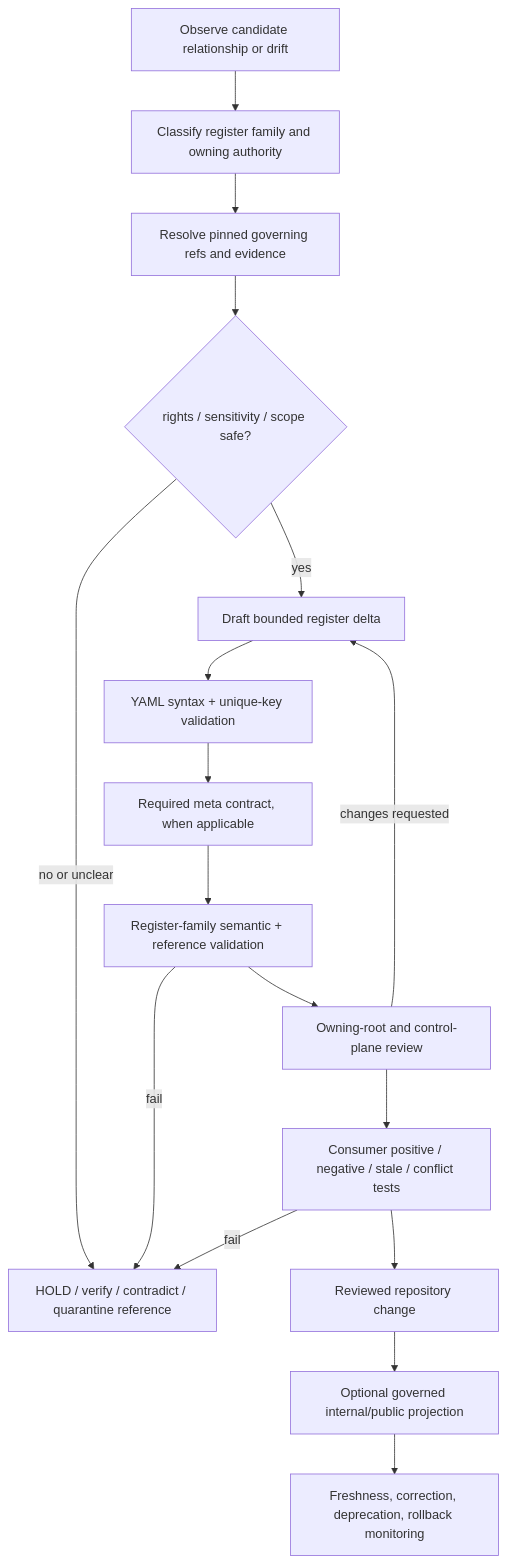
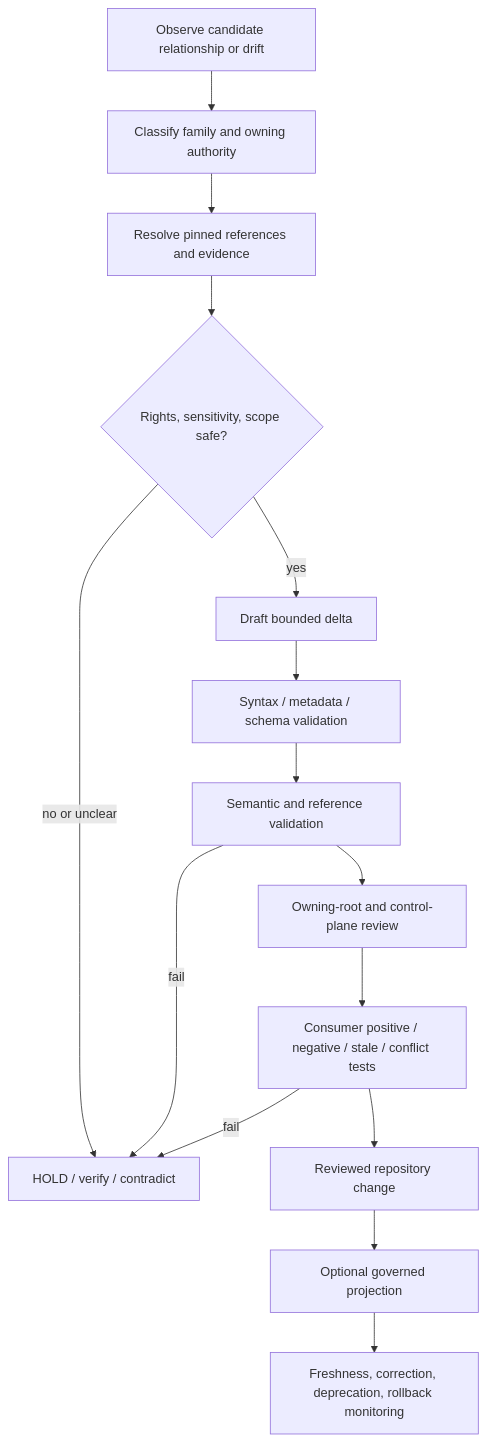
The second of 2 diagrams in control_plane/README.md (bartytime4life/Kansas-Frontier-Matrix), drawn with Mermaid before and after one commit. The commit also changed other lines of this file, not shown here.

Commit message:
docs(control-plane): align root README with adopted governance v2

````diff
--- a/control_plane/README.md
+++ b/control_plane/README.md
@@ -613,20 +577,17 @@
 ```mermaid
 flowchart TD
-    OBS["Observe candidate relationship or drift"] --> CLASS["Classify register family and owning authority"]
-    CLASS --> RESOLVE["Resolve pinned governing refs and evidence"]
-    RESOLVE --> SAFE{"rights / sensitivity / scope safe?"}
-    SAFE -->|"no or unclear"| HOLD["HOLD / verify / contradict / quarantine reference"]
-    SAFE -->|"yes"| DRAFT["Draft bounded register delta"]
-    DRAFT --> SYNTAX["YAML syntax + unique-key validation"]
-    SYNTAX --> META["Required meta contract, when applicable"]
-    META --> SEM["Register-family semantic + reference validation"]
-    SEM --> REVIEW["Owning-root and control-plane review"]
-    REVIEW --> CONSUMER["Consumer positive / negative / stale / conflict tests"]
-    CONSUMER --> MERGE["Reviewed repository change"]
-    MERGE --> PROJECTION["Optional governed internal/public projection"]
-    PROJECTION --> MONITOR["Freshness, correction, deprecation, rollback monitoring"]
-
-    SEM -->|"fail"| HOLD
-    REVIEW -->|"changes requested"| DRAFT
-    CONSUMER -->|"fail"| HOLD
+    O["Observe candidate relationship or drift"] --> C["Classify family and owning authority"]
+    C --> R["Resolve pinned references and evidence"]
+    R --> S{"Rights, sensitivity, scope safe?"}
+    S -->|"no or unclear"| H["HOLD / verify / contradict"]
+    S -->|"yes"| D["Draft bounded delta"]
+    D --> V["Syntax / metadata / schema validation"]
+    V --> Q["Semantic and reference validation"]
+    Q --> W["Owning-root and control-plane review"]
+    W --> T["Consumer positive / negative / stale / conflict tests"]
+    T --> M["Reviewed repository change"]
+    M --> P["Optional governed projection"]
+    P --> N["Freshness, correction, deprecation, rollback monitoring"]
+    Q -->|"fail"| H
+    T -->|"fail"| H
 ```
````
